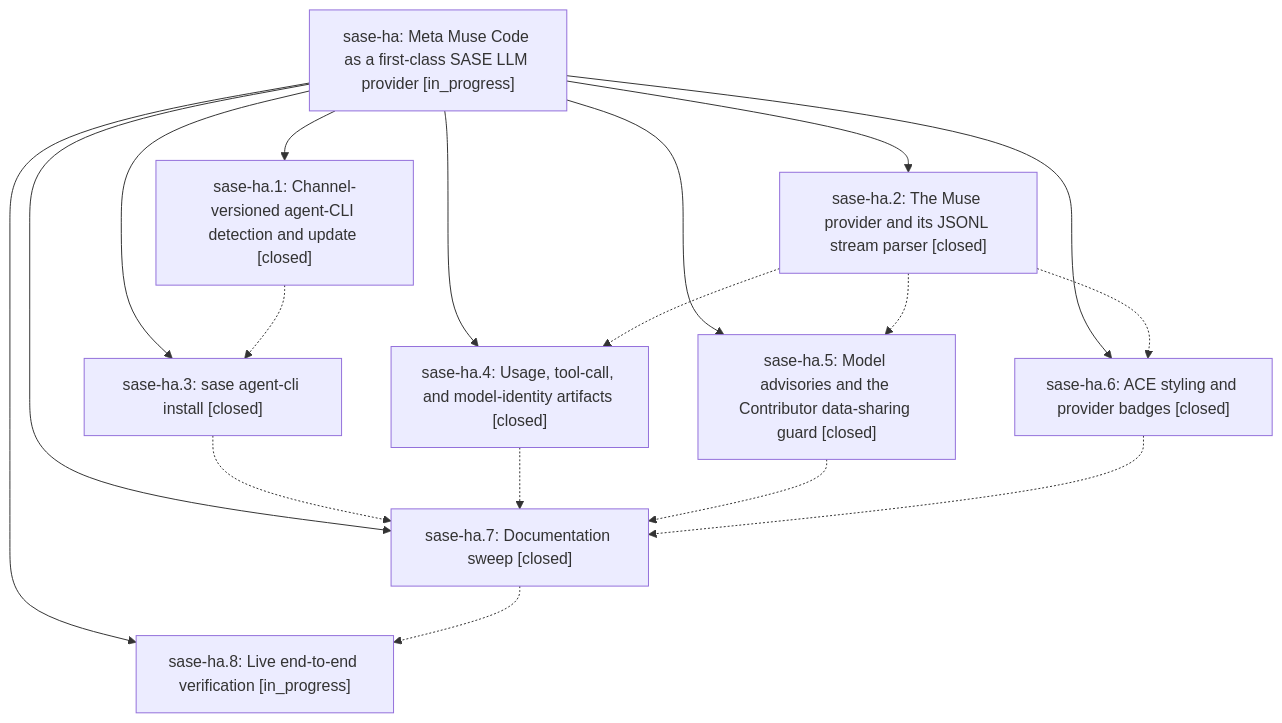
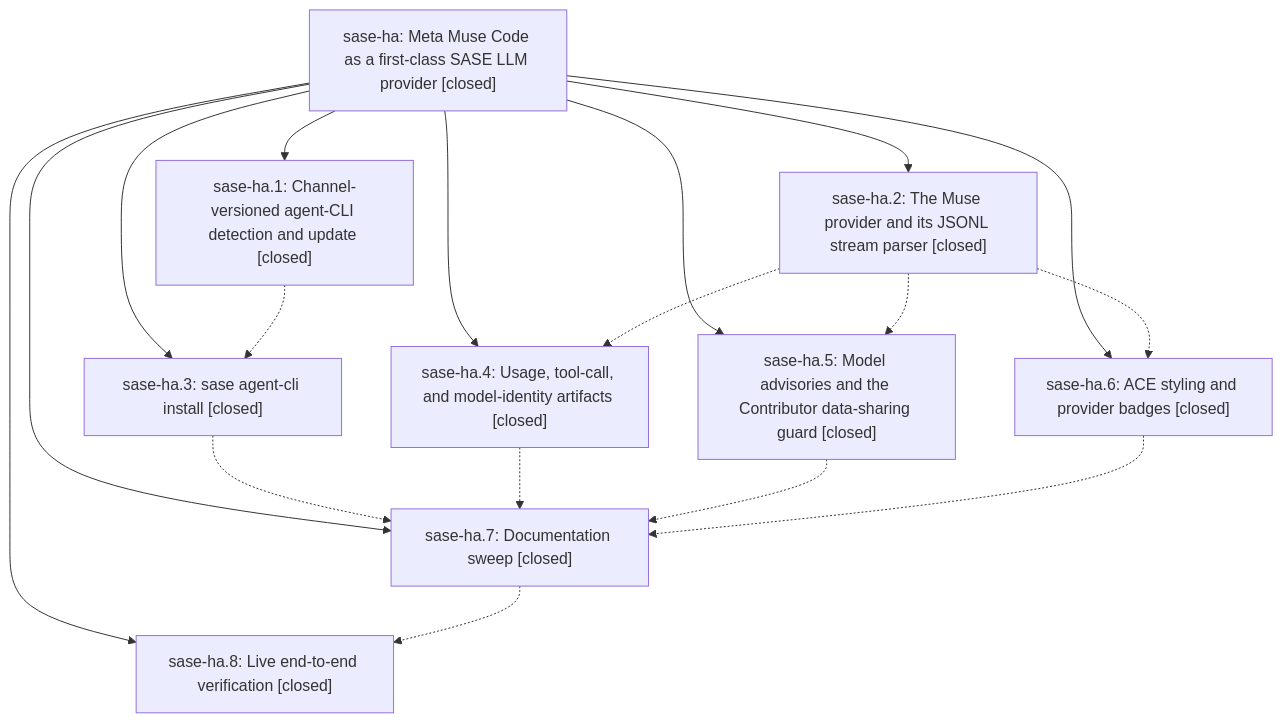
One commit to sase-org/sase--beads changed the diagram in pages/sase-ha/README.md. Above: the diagram before and after it, drawn with Mermaid. The commit also changed other lines of this file and 2 other files, not shown here.

First line of the commit message:
chore(beads): sync bead state and pages for sase-ha

````diff
--- a/pages/sase-ha/README.md
+++ b/pages/sase-ha/README.md
@@ -33,29 +41,29 @@
 ```mermaid
 flowchart TD
-    n0["sase-ha: Meta Muse Code as a first-class SASE LLM provider [in_progress]"]
+    n0["sase-ha: Meta Muse Code as a first-class SASE LLM provider [closed]"]
     n1["sase-ha.1: Channel-versioned agent-CLI detection and update [closed]"]
     n2["sase-ha.2: The Muse provider and its JSONL stream parser [closed]"]
     n3["sase-ha.3: sase agent-cli install [closed]"]
     n4["sase-ha.4: Usage, tool-call, and model-identity artifacts [closed]"]
     n5["sase-ha.5: Model advisories and the Contributor data-sharing guard [closed]"]
     n6["sase-ha.6: ACE styling and provider badges [closed]"]
     n7["sase-ha.7: Documentation sweep [closed]"]
-    n8["sase-ha.8: Live end-to-end verification [in_progress]"]
+    n8["sase-ha.8: Live end-to-end verification [closed]"]
     n0 --> n1
     n0 --> n2
     n0 --> n3
     n0 --> n4
     n0 --> n5
     n0 --> n6
     n0 --> n7
     n0 --> n8
     n1 -.-> n3
     n2 -.-> n4
     n2 -.-> n5
     n2 -.-> n6
     n3 -.-> n7
     n4 -.-> n7
     n5 -.-> n7
     n6 -.-> n7
     n7 -.-> n8
 ```
````
